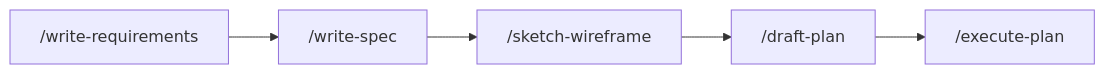
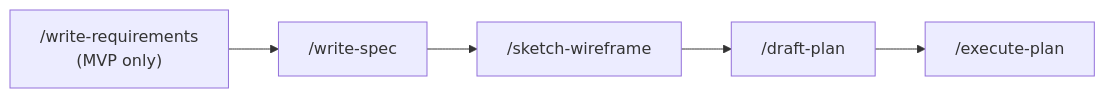
Before and after one commit to toy-crane/harness-engineering-template: the diagram in README.md, drawn with Mermaid.

Commit message:
docs: add MVP only label to write-requirements box in mermaid

````diff
--- a/README.md
+++ b/README.md
@@ -53,7 +53,8 @@
 ```mermaid
 flowchart LR
-    A["/write-requirements"] --> B["/write-spec"]
+    A["/write-requirements
+    (MVP only)"] --> B["/write-spec"]
     B --> C["/sketch-wireframe"]
     C --> D["/draft-plan"]
     D --> E["/execute-plan"]
 ```
````
